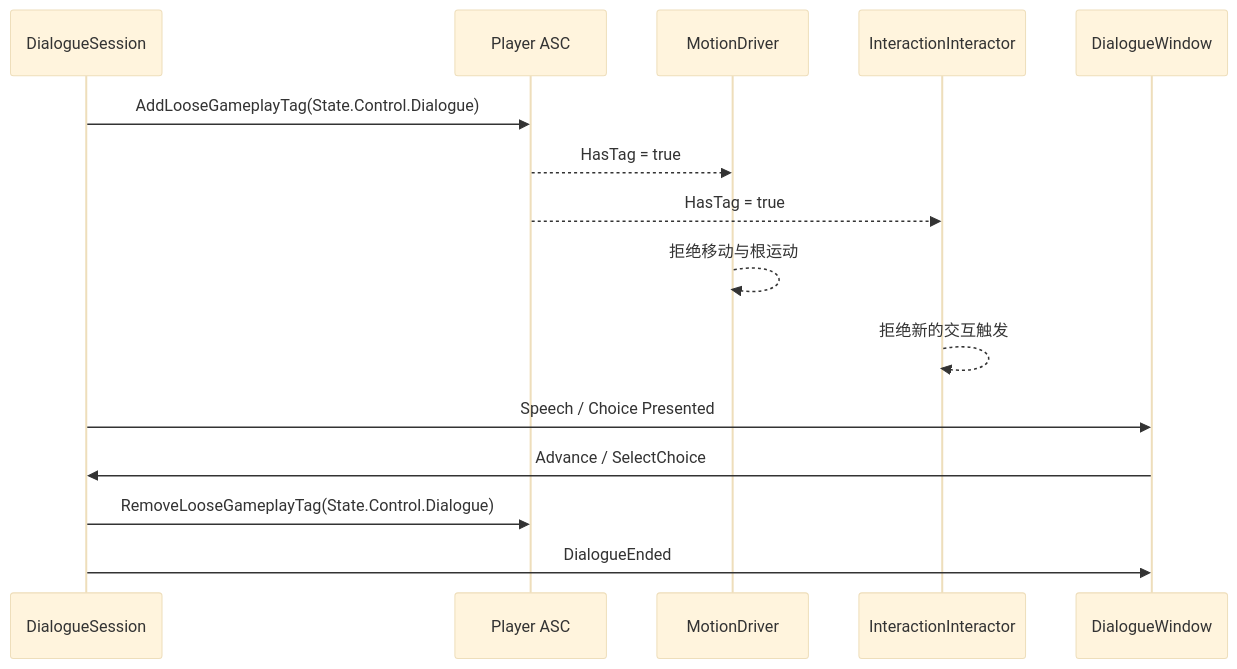
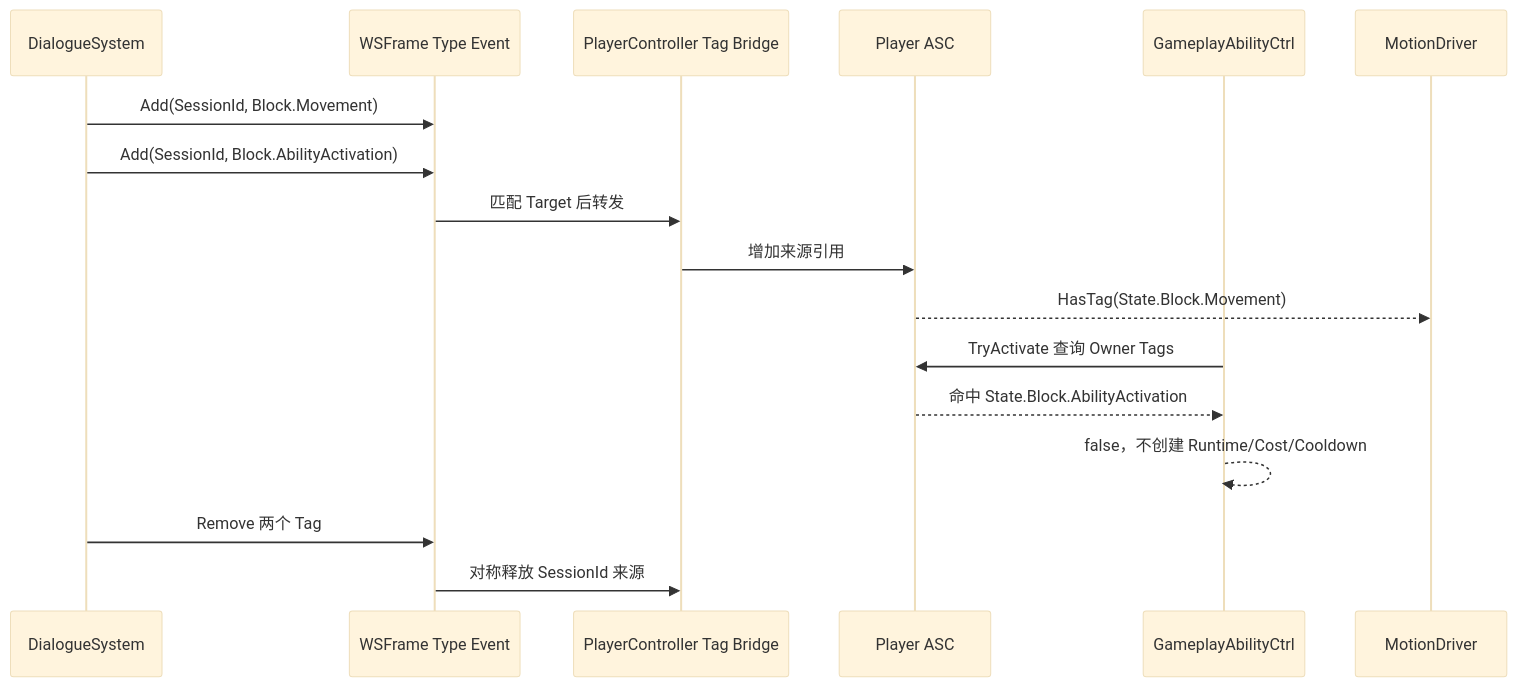
The third of 3 diagrams in Assets/Scripts/DialogueSystem/DialogueSystem_Requirements.md (Whitesheeeep/3DRPG), drawn with Mermaid (base theme) before and after one commit. The commit also changed other lines of this file and 84 other files, not shown here.

````diff
--- a/Assets/Scripts/DialogueSystem/DialogueSystem_Requirements.md
+++ b/Assets/Scripts/DialogueSystem/DialogueSystem_Requirements.md
@@ -371,18 +372,20 @@
 ```mermaid
 sequenceDiagram
-    participant Dialogue as DialogueSession
+    participant Dialogue as DialogueSystem
+    participant Event as WSFrame Type Event
+    participant Bridge as PlayerController Tag Bridge
     participant ASC as Player ASC
-    participant Movement as MotionDriver
-    participant Interaction as InteractionInteractor
-    participant UI as DialogueWindow
+    participant Ability as GameplayAbilityCtrl
+    participant Motion as MotionDriver
 
-    Dialogue->>ASC: AddLooseGameplayTag(State.Control.Dialogue)
-    ASC-->>Movement: HasTag = true
-    ASC-->>Interaction: HasTag = true
-    Movement-->>Movement: 拒绝移动与根运动
-    Interaction-->>Interaction: 拒绝新的交互触发
-    Dialogue->>UI: Speech / Choice Presented
-    UI->>Dialogue: Advance / SelectChoice
-    Dialogue->>ASC: RemoveLooseGameplayTag(State.Control.Dialogue)
-    Dialogue->>UI: DialogueEnded
+    Dialogue->>Event: Add(SessionId, Block.Movement)
+    Dialogue->>Event: Add(SessionId, Block.AbilityActivation)
+    Event->>Bridge: 匹配 Target 后转发
+    Bridge->>ASC: 增加来源引用
+    ASC-->>Motion: HasTag(State.Block.Movement)
+    Ability->>ASC: TryActivate 查询 Owner Tags
+    ASC-->>Ability: 命中 State.Block.AbilityActivation
+    Ability-->>Ability: false，不创建 Runtime/Cost/Cooldown
+    Dialogue->>Event: Remove 两个 Tag
+    Event->>Bridge: 对称释放 SessionId 来源
 ```
````
